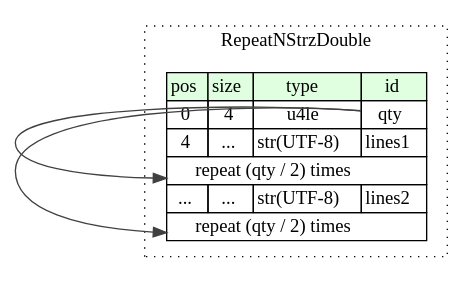
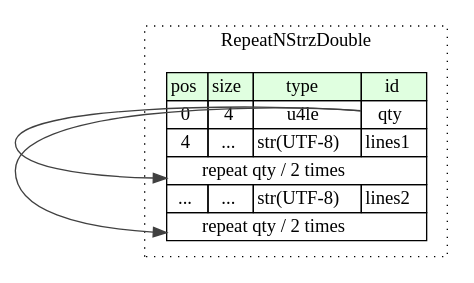
One commit to kaitai-io/ci_targets changed the diagram in compiled/graphviz/repeat_n_strz_double.dot. Above: the diagram before and after it, drawn with Graphviz. The commit also changed 530 other files, not shown here.

```diff
--- a/compiled/graphviz/repeat_n_strz_double.dot
+++ b/compiled/graphviz/repeat_n_strz_double.dot
@@ -1,19 +1,19 @@
 digraph {
 	rankdir=LR;
 	node [shape=plaintext];
 	subgraph cluster__repeat_n_strz_double {
 		label="RepeatNStrzDouble";
 		graph[style=dotted];
 
 		repeat_n_strz_double__seq [label=<<TABLE BORDER="0" CELLBORDER="1" CELLSPACING="0">
 			<TR><TD BGCOLOR="#E0FFE0">pos</TD><TD BGCOLOR="#E0FFE0">size</TD><TD BGCOLOR="#E0FFE0">type</TD><TD BGCOLOR="#E0FFE0">id</TD></TR>
 			<TR><TD PORT="qty_pos">0</TD><TD PORT="qty_size">4</TD><TD>u4le</TD><TD PORT="qty_type">qty</TD></TR>
 			<TR><TD PORT="lines1_pos">4</TD><TD PORT="lines1_size">...</TD><TD>str(UTF-8)</TD><TD PORT="lines1_type">lines1</TD></TR>
-			<TR><TD COLSPAN="4" PORT="lines1__repeat">repeat (qty / 2) times</TD></TR>
+			<TR><TD COLSPAN="4" PORT="lines1__repeat">repeat qty / 2 times</TD></TR>
 			<TR><TD PORT="lines2_pos">...</TD><TD PORT="lines2_size">...</TD><TD>str(UTF-8)</TD><TD PORT="lines2_type">lines2</TD></TR>
-			<TR><TD COLSPAN="4" PORT="lines2__repeat">repeat (qty / 2) times</TD></TR>
+			<TR><TD COLSPAN="4" PORT="lines2__repeat">repeat qty / 2 times</TD></TR>
 		</TABLE>>];
 	}
 	repeat_n_strz_double__seq:qty_type -> repeat_n_strz_double__seq:lines1__repeat [color="#404040"];
 	repeat_n_strz_double__seq:qty_type -> repeat_n_strz_double__seq:lines2__repeat [color="#404040"];
 }
```
